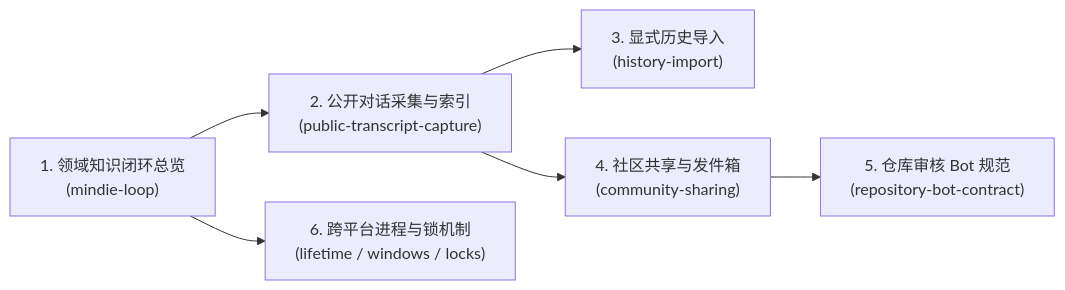
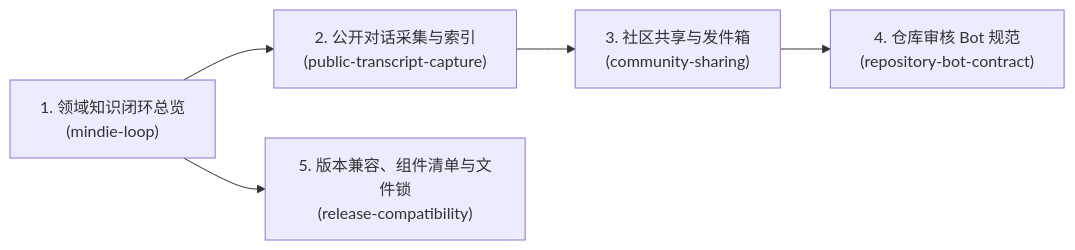
One commit to mindie-agent/knowledge changed the diagram in docs/README.md. Above: the diagram before and after it, drawn with Mermaid. The commit also changed other lines of this file and 47 other files, not shown here.

````diff
--- a/docs/README.md
+++ b/docs/README.md
@@ -11,8 +11,7 @@
 ```mermaid
 flowchart LR
   Loop["1. 领域知识闭环总览<br/>(mindie-loop)"] --> Capture["2. 公开对话采集与索引<br/>(public-transcript-capture)"]
-  Capture --> Import["3. 显式历史导入<br/>(history-import)"]
-  Capture --> Share["4. 社区共享与发件箱<br/>(community-sharing)"]
-  Share --> Bot["5. 仓库审核 Bot 规范<br/>(repository-bot-contract)"]
-  Loop --> Platform["6. 跨平台进程与锁机制<br/>(lifetime / windows / locks)"]
+  Capture --> Share["3. 社区共享与发件箱<br/>(community-sharing)"]
+  Share --> Bot["4. 仓库审核 Bot 规范<br/>(repository-bot-contract)"]
+  Loop --> Compat["5. 版本兼容、组件清单与文件锁<br/>(release-compatibility)"]
 ```
````
